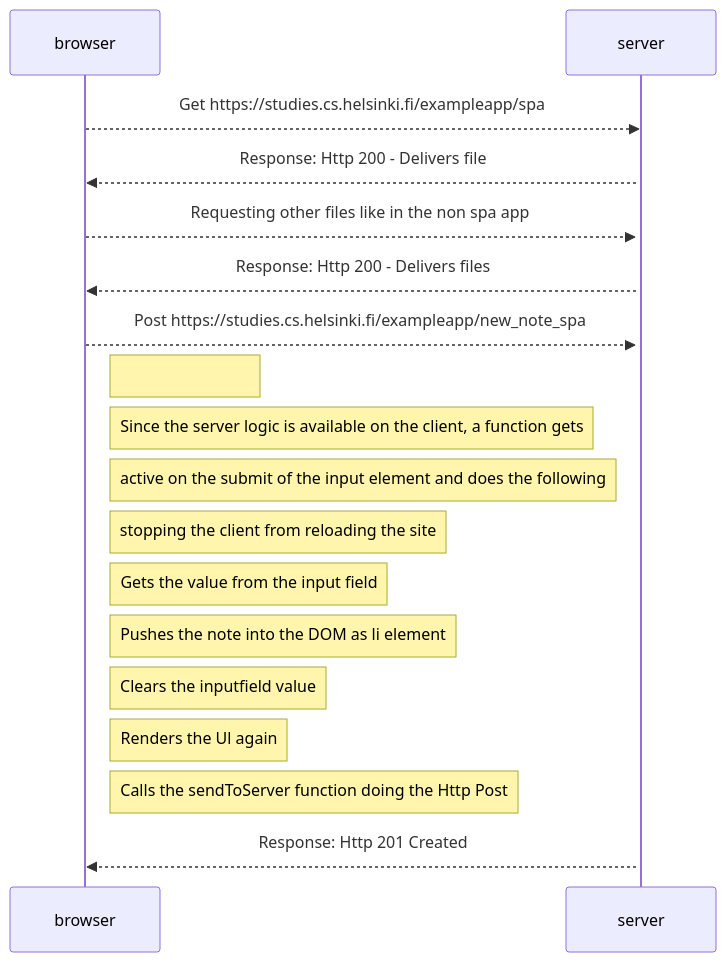
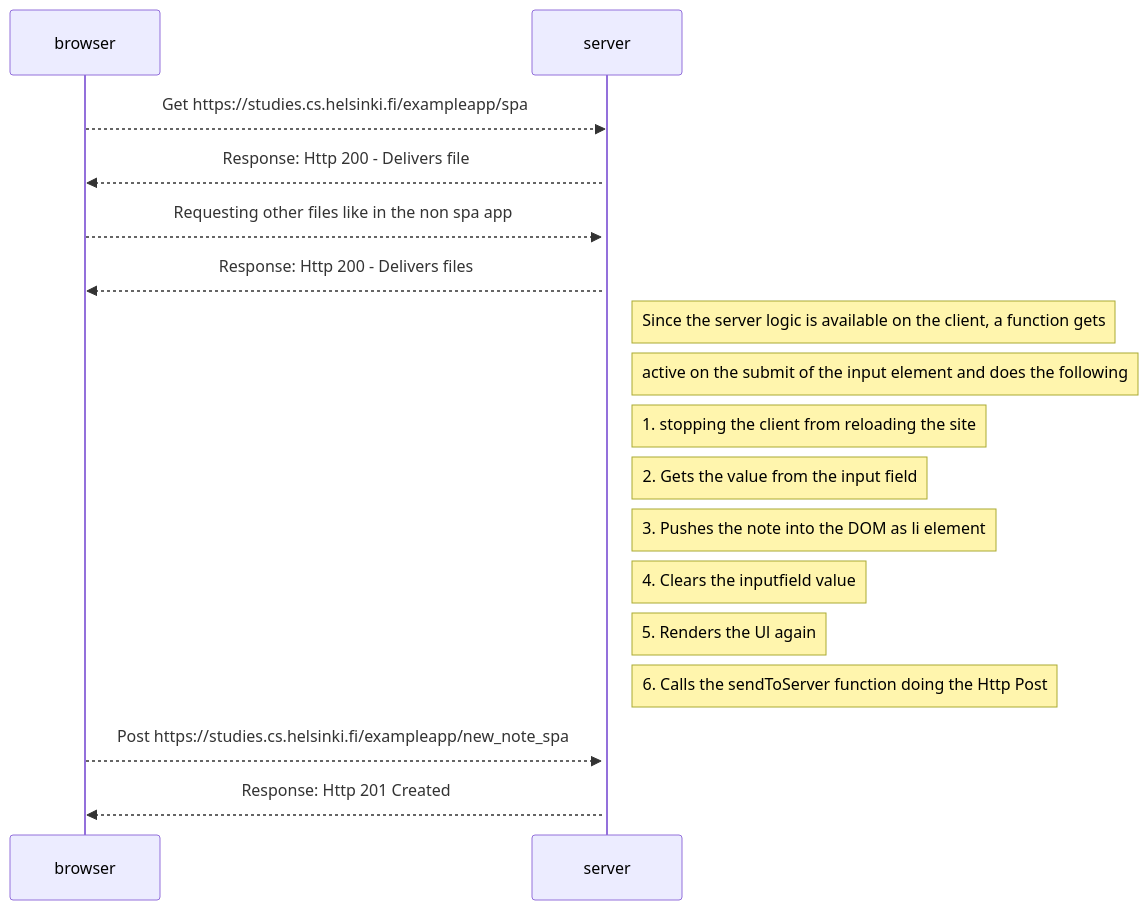
The diagram in fullstackopen_0/0.6/diagramm.md (nilsgronowski/fullstackopen), drawn with Mermaid before and after one commit.

Commit message:
Resolved the formatting issue and placed the notes on the chronological place to be

````diff
--- a/fullstackopen_0/0.6/diagramm.md
+++ b/fullstackopen_0/0.6/diagramm.md
@@ -1,28 +1,24 @@
 ```mermaid
 sequenceDiagram
     participant browser
     participant server
 
     browser-->>server: Get https://studies.cs.helsinki.fi/exampleapp/spa
     activate server
     server-->>browser: Response: Http 200 - Delivers file
 
     browser-->>server: Requesting other files like in the non spa app
     activate server
     server-->>browser: Response: Http 200 - Delivers files
-
+    note right of server:Since the server logic is available on the client, a function gets
+    note right of server:active on the submit of the input element and does the following
+    note right of server:1. stopping the client from reloading the site
+    note right of server:2. Gets the value from the input field
+    note right of server:3. Pushes the note into the DOM as li element
+    note right of server:4. Clears the inputfield value
+    note right of server:5. Renders the Ul again
+    note right of server:6. Calls the sendToServer function doing the Http Post
     browser-->>server: Post https://studies.cs.helsinki.fi/exampleapp/new_note_spa
-    note right of browser:
-
-    note right of browser:Since the server logic is available on the client, a function gets
-    note right of browser:active on the submit of the input element and does the following
-    note right of browser:stopping the client from reloading the site
-    note right of browser:Gets the value from the input field
-    note right of browser:Pushes the note into the DOM as li element
-    note right of browser:Clears the inputfield value
-    note right of browser:Renders the Ul again
-    note right of browser:Calls the sendToServer function doing the Http Post
-
     activate server
     server-->>browser: Response: Http 201 Created
 ```
````
